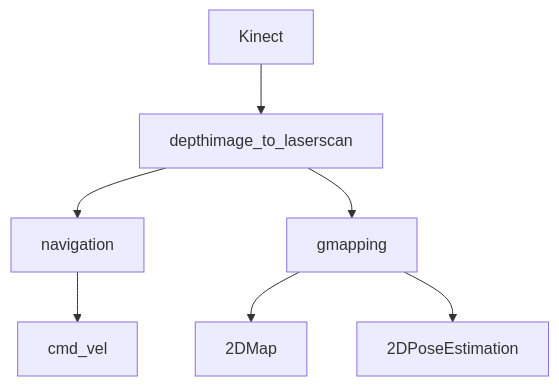
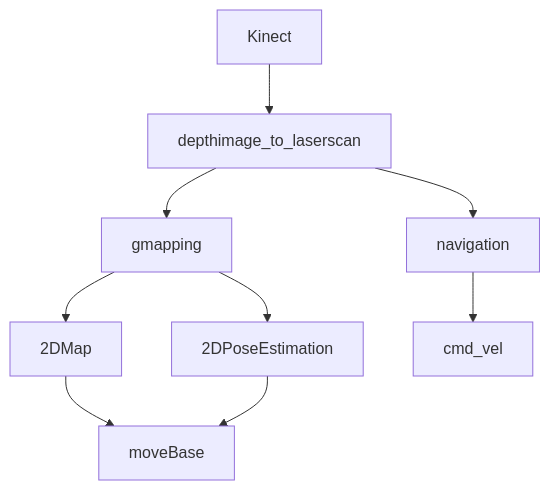
The diagram in README.md (adrianLIrobotics/SLAM_robot), drawn with Mermaid before and after one commit.

````diff
--- a/README.md
+++ b/README.md
@@ -21,9 +21,11 @@
 ```mermaid
 graph TD;
   Kinect-->depthimage_to_laserscan
   depthimage_to_laserscan-->navigation
   depthimage_to_laserscan-->gmapping
   gmapping-->2DMap
+  2DMap-->moveBase
   gmapping-->2DPoseEstimation
+  2DPoseEstimation-->moveBase
   navigation-->cmd_vel
 ```
````
